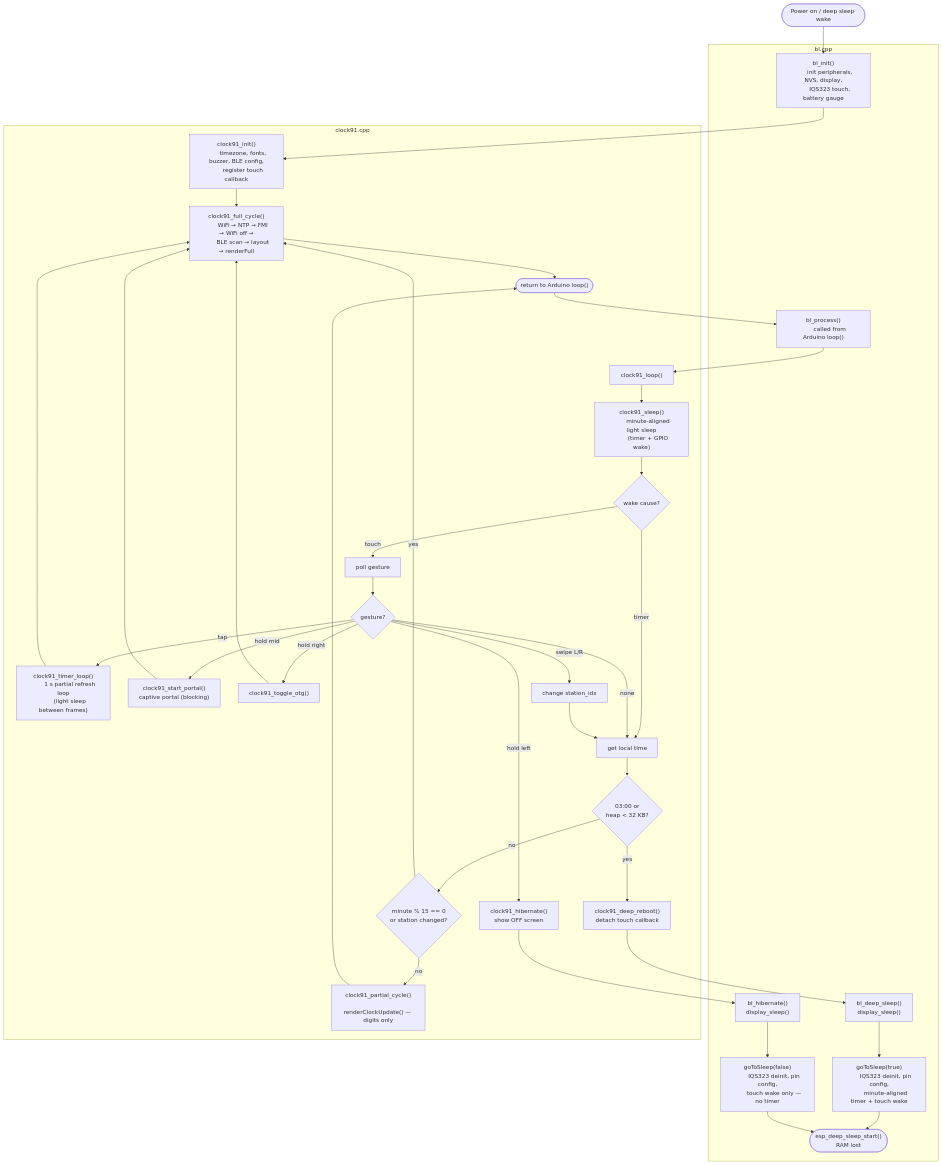
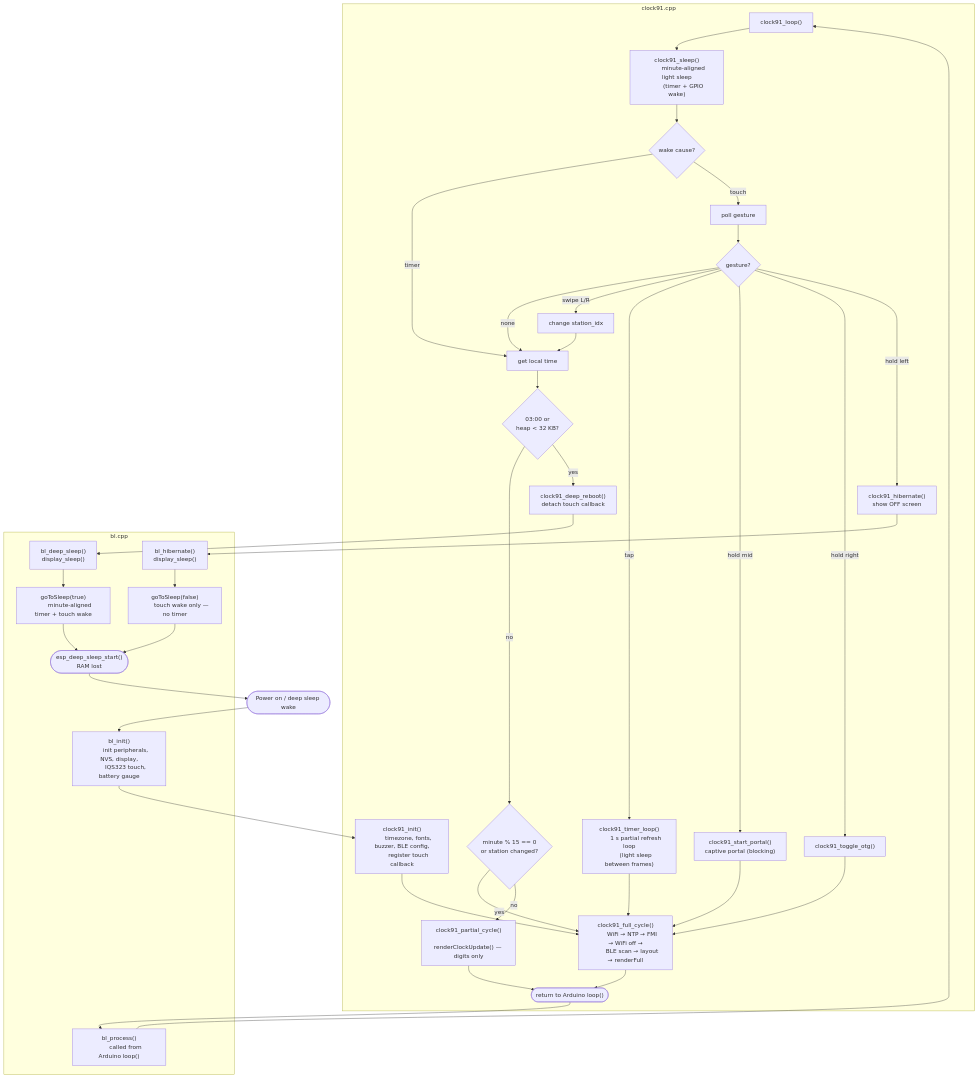
Before and after one commit to mikklepp/trmnl-firmware: the diagram in README.clock91.md, drawn with Mermaid.

Commit message:
Restructure mermaid diagram: define main loop spine first
Declare the hot loop path (sleep → wake → check → cycle → return)
as a straight chain before attaching gesture branches. Moves init
to bottom, BL subgraph second, and adds deep_sleep → Start edge
to close the reboot loop. Improves mermaid layout rendering.

````diff
--- a/README.clock91.md
+++ b/README.clock91.md
@@ -132,8 +132,67 @@
 ```mermaid
 flowchart TB
-    %% ── Boot ──
-    Start(["Power on / deep sleep wake"])
-    Start --> bl_init
+    %% ── Main loop spine (defined first for layout) ──
+
+    subgraph C91 ["clock91.cpp"]
+        clock91_loop["clock91_loop()"]
+        light_sleep["clock91_sleep()
+        minute-aligned light sleep
+        (timer + GPIO wake)"]
+        wake_cause{"wake cause?"}
+        check_time["get local time"]
+        reboot_check{"03:00 or
+        heap < 32 KB?"}
+        cycle_type{"minute % 15 == 0
+        or station changed?"}
+        full_cycle["clock91_full_cycle()
+        WiFi → NTP → FMI → WiFi off →
+        BLE scan → layout → renderFull"]
+        partial_cycle["clock91_partial_cycle()
+        renderClockUpdate() — digits only"]
+        RETURN(["return to Arduino loop()"])
+
+        clock91_loop --> light_sleep --> wake_cause
+        wake_cause -->|"timer"| check_time
+        check_time --> reboot_check
+        reboot_check -->|"no"| cycle_type
+        cycle_type -->|"yes"| full_cycle --> RETURN
+        cycle_type -->|"no"| partial_cycle --> RETURN
+
+        %% ── Touch wake branch ──
+        poll_gesture["poll gesture"]
+        handle_gesture{"gesture?"}
+        wake_cause -->|"touch"| poll_gesture --> handle_gesture
+        handle_gesture -->|"none"| check_time
+        handle_gesture -->|"swipe L/R"| station_change["change station_idx"]
+        station_change --> check_time
+
+        %% ── Gesture actions ──
+        handle_gesture -->|"tap"| timer_loop["clock91_timer_loop()
+        1 s partial refresh loop
+        (light sleep between frames)"]
+        handle_gesture -->|"hold mid"| portal["clock91_start_portal()
+        captive portal (blocking)"]
+        handle_gesture -->|"hold right"| otg["clock91_toggle_otg()"]
+        handle_gesture -->|"hold left"| hibernate_fn["clock91_hibernate()
+        show OFF screen"]
+
+        timer_loop --> full_cycle
+        portal --> full_cycle
+        otg --> full_cycle
+
+        %% ── Reboot exit ──
+        deep_reboot["clock91_deep_reboot()
+        detach touch callback"]
+        reboot_check -->|"yes"| deep_reboot
+
+        %% ── Init (runs once) ──
+        clock91_init["clock91_init()
+        timezone, fonts, buzzer, BLE config,
+        register touch callback"]
+        clock91_init --> full_cycle
+    end
+
+    %% ── bl.cpp (boot + deep sleep) ──
 
     subgraph BL ["bl.cpp"]
         bl_init["bl_init()
@@ -141,16 +200,15 @@
         IQS323 touch, battery gauge"]
         bl_process["bl_process()
         called from Arduino loop()"]
-        goToSleep_timer["goToSleep(true)
-        IQS323 deinit, pin config,
-        minute-aligned timer + touch wake"]
-        goToSleep_no_timer["goToSleep(false)
-        IQS323 deinit, pin config,
-        touch wake only — no timer"]
+
         bl_deep_sleep["bl_deep_sleep()
         display_sleep()"]
         bl_hibernate["bl_hibernate()
         display_sleep()"]
+        goToSleep_timer["goToSleep(true)
+        minute-aligned timer + touch wake"]
+        goToSleep_no_timer["goToSleep(false)
+        touch wake only — no timer"]
         deep_sleep_start(["esp_deep_sleep_start()
         RAM lost"])
 
@@ -158,71 +216,11 @@
         bl_hibernate --> goToSleep_no_timer --> deep_sleep_start
     end
 
+    %% ── Cross-file edges ──
+    Start(["Power on / deep sleep wake"]) --> bl_init
     bl_init --> clock91_init
-
-    subgraph C91 ["clock91.cpp"]
-        clock91_init["clock91_init()
-        timezone, fonts, buzzer, BLE config,
-        register touch callback"]
-        clock91_init --> full_cycle
-
-        full_cycle["clock91_full_cycle()
-        WiFi → NTP → FMI → WiFi off →
-        BLE scan → layout → renderFull"]
-        full_cycle --> RETURN(["return to Arduino loop()"])
-
-        clock91_loop["clock91_loop()"]
-
-        %% Sleep
-        light_sleep["clock91_sleep()
-        minute-aligned light sleep
-        (timer + GPIO wake)"]
-        clock91_loop --> light_sleep
-
-        %% Wake
-        light_sleep --> wake_cause{"wake cause?"}
-        wake_cause -->|"timer"| check_time
-        wake_cause -->|"touch"| poll_gesture["poll gesture"]
-        poll_gesture --> handle_gesture{"gesture?"}
-
-        %% Gesture dispatch
-        handle_gesture -->|"hold left"| hibernate_fn["clock91_hibernate()
-        show OFF screen"]
-        handle_gesture -->|"tap"| timer_loop["clock91_timer_loop()
-        1 s partial refresh loop
-        (light sleep between frames)"]
-        handle_gesture -->|"hold mid"| portal["clock91_start_portal()
-        captive portal (blocking)"]
-        handle_gesture -->|"hold right"| otg["clock91_toggle_otg()"]
-        handle_gesture -->|"swipe L/R"| station_change["change station_idx"]
-        handle_gesture -->|"none"| check_time
-
-        timer_loop --> full_cycle
-        portal --> full_cycle
-        otg --> full_cycle
-
-        station_change --> check_time
-
-        %% Reboot check
-        check_time["get local time"]
-        check_time --> reboot_check{"03:00 or
-        heap < 32 KB?"}
-        reboot_check -->|"yes"| deep_reboot["clock91_deep_reboot()
-        detach touch callback"]
-
-        %% Normal cycle
-        reboot_check -->|"no"| cycle_type{"minute % 15 == 0
-        or station changed?"}
-        cycle_type -->|"yes"| full_cycle
-        cycle_type -->|"no"| partial_cycle["clock91_partial_cycle()
-        renderClockUpdate() — digits only"]
-
-        partial_cycle --> RETURN
-    end
-
-    %% Cross-file calls
-    RETURN --> bl_process
-    bl_process --> clock91_loop
+    RETURN --> bl_process --> clock91_loop
     hibernate_fn --> bl_hibernate
     deep_reboot --> bl_deep_sleep
+    deep_sleep_start --> Start
 ```
````
